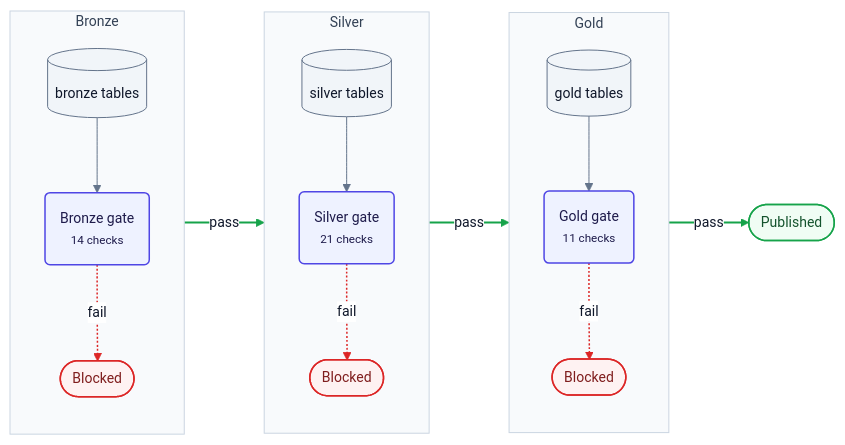
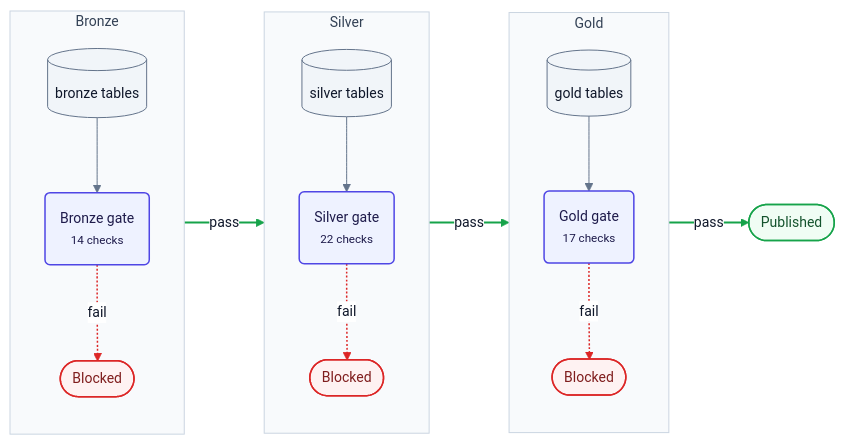
One commit to santoshshinde2012/lakehouse-quality-gates changed the first of 5 diagrams in docs/architecture/data-flow.md. Above: the diagram before and after it, drawn with Mermaid. The commit also changed other lines of this file and 97 other files, not shown here.

````diff
--- a/docs/architecture/data-flow.md
+++ b/docs/architecture/data-flow.md
@@ -12,47 +12,47 @@
 ```mermaid
 %%{init: {'theme':'base','themeVariables':{'fontFamily':'Inter, system-ui, -apple-system, Segoe UI, Helvetica, Arial, sans-serif','fontSize':'14px','primaryColor':'#ffffff','primaryTextColor':'#0f172a','primaryBorderColor':'#94a3b8','secondaryColor':'#f8fafc','tertiaryColor':'#f8fafc','lineColor':'#64748b','textColor':'#0f172a','clusterBkg':'#f8fafc','clusterBorder':'#cbd5e1','titleColor':'#334155','edgeLabelBackground':'#ffffff','noteBkgColor':'#f8fafc','noteTextColor':'#0f172a','noteBorderColor':'#cbd5e1','actorBkg':'#ffffff','actorBorder':'#94a3b8','actorTextColor':'#0f172a','actorLineColor':'#94a3b8','signalColor':'#475569','signalTextColor':'#0f172a','labelBoxBkgColor':'#f8fafc','labelBoxBorderColor':'#94a3b8','labelTextColor':'#0f172a','loopTextColor':'#0f172a','activationBkgColor':'#eef2ff','activationBorderColor':'#4f46e5','sequenceNumberColor':'#ffffff','classText':'#0f172a','xyChart':{'backgroundColor':'#ffffff','plotColorPalette':'#4f46e5, #d97706, #0d9488','titleColor':'#0f172a','xAxisLabelColor':'#334155','yAxisLabelColor':'#334155','xAxisLineColor':'#94a3b8','yAxisLineColor':'#94a3b8'}}}}%%
 %% Title: Medallion flow with quality gates
 %% Purpose: One gate after each layer; a failed gate stops promotion
-%% Last updated: 2026-10-13
+%% Last updated: 2026-10-14
 %% Theme: docs/diagrams/THEME.md (shared init line above). Edit here, then run: make diagrams
 flowchart LR
   subgraph BRZ["Bronze"]
     direction TB
     B[("bronze tables")]:::store
     GB("Bronze gate<br/><small>14 checks</small>"):::ours
     X1(["Blocked"]):::blocked
     B --> GB
     GB -. fail .-> X1
   end
   subgraph SLV["Silver"]
     direction TB
     S[("silver tables")]:::store
-    GS("Silver gate<br/><small>21 checks</small>"):::ours
+    GS("Silver gate<br/><small>22 checks</small>"):::ours
     X2(["Blocked"]):::blocked
     S --> GS
     GS -. fail .-> X2
   end
   subgraph GLD["Gold"]
     direction TB
     G[("gold tables")]:::store
-    GG("Gold gate<br/><small>11 checks</small>"):::ours
+    GG("Gold gate<br/><small>17 checks</small>"):::ours
     X3(["Blocked"]):::blocked
     G --> GG
     GG -. fail .-> X3
   end
   OK(["Published"]):::pass
   BRZ -->|pass| SLV
   SLV -->|pass| GLD
   GLD -->|pass| OK
   classDef node fill:#ffffff,stroke:#94a3b8,stroke-width:1px,color:#0f172a
   classDef store fill:#f1f5f9,stroke:#64748b,stroke-width:1px,color:#0f172a
   classDef ours fill:#eef2ff,stroke:#4f46e5,stroke-width:1.5px,color:#1e1b4b
   classDef actor fill:#ffffff,stroke:#64748b,stroke-width:1px,color:#0f172a
   classDef blocked fill:#fef2f2,stroke:#dc2626,stroke-width:1.5px,color:#7f1d1d
   classDef pass fill:#f0fdf4,stroke:#16a34a,stroke-width:1.5px,color:#14532d
   style BRZ fill:#f8fafc,stroke:#cbd5e1,stroke-width:1px,color:#334155
   style SLV fill:#f8fafc,stroke:#cbd5e1,stroke-width:1px,color:#334155
   style GLD fill:#f8fafc,stroke:#cbd5e1,stroke-width:1px,color:#334155
   linkStyle 1,3,5 stroke:#dc2626,stroke-width:1.5px
   linkStyle 6,7,8 stroke:#16a34a,stroke-width:2px
 ```
````
